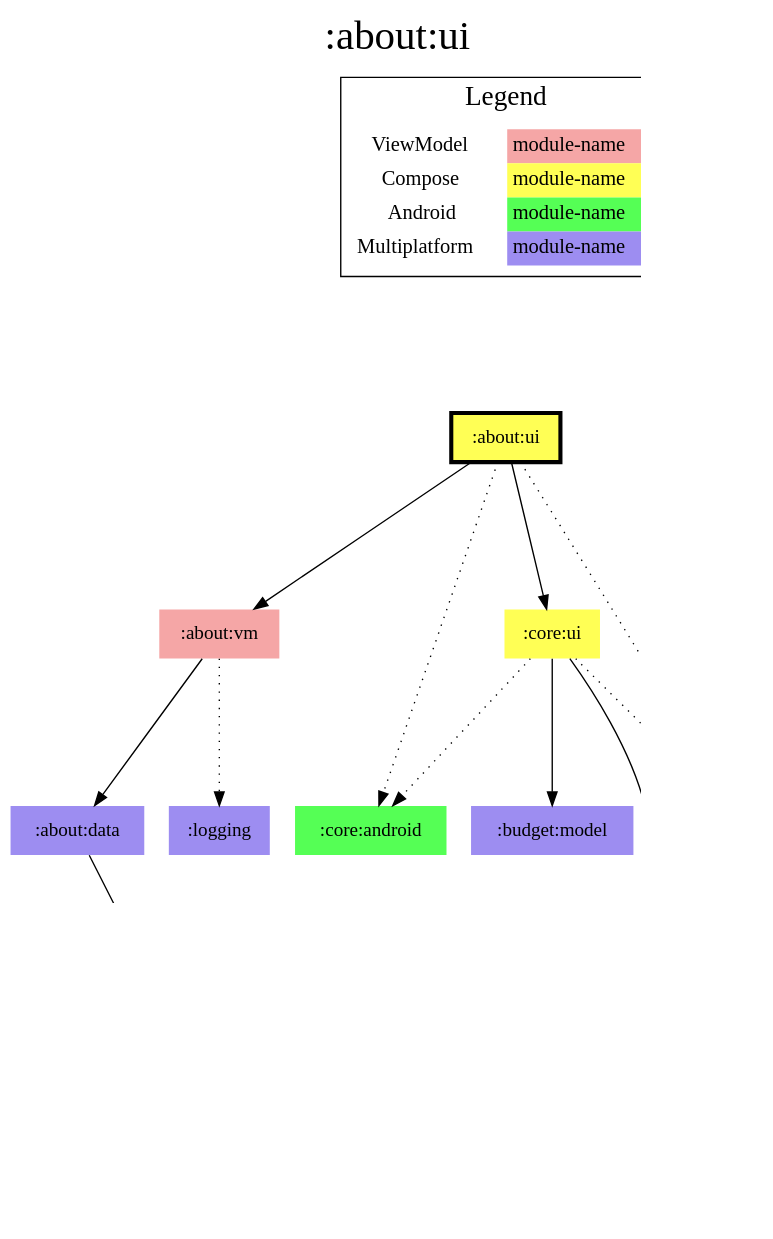
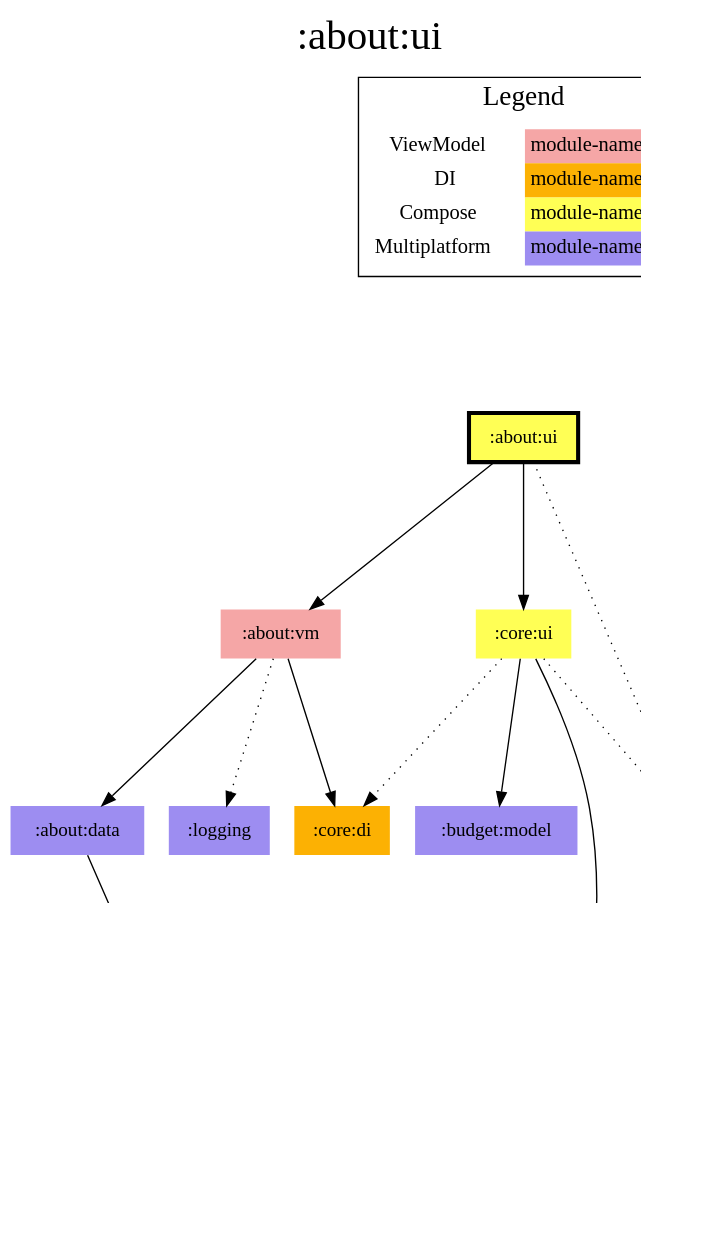
One commit to jonapoul/aktual changed the diagram in modules/about/ui/modules.dot. Above: the diagram before and after it, drawn with Graphviz. The commit also changed 647 other files, not shown here.

```diff
--- a/modules/about/ui/modules.dot
+++ b/modules/about/ui/modules.dot
@@ -1,46 +1,46 @@
 digraph {
 edge ["dir"="forward"]
 graph ["dpi"="100","label"=":about:ui","labelloc"="t","fontsize"="30","ranksep"="1.5","rankdir"="TB"]
 node ["style"="filled"]
 ":about:data" ["fillcolor"="#9D8DF1","shape"="none"]
 ":about:ui" ["fillcolor"="#FFFF55","color"="black","penwidth"="3","shape"="box"]
 ":about:vm" ["fillcolor"="#F5A6A6","shape"="none"]
 ":api:github" ["fillcolor"="#9D8DF1","shape"="none"]
 ":budget:model" ["fillcolor"="#9D8DF1","shape"="none"]
 ":codegen:annotation" ["fillcolor"="#9D8DF1","shape"="none"]
-":core:android" ["fillcolor"="#55FF55","shape"="none"]
+":core:di" ["fillcolor"="#FCB103","shape"="none"]
 ":core:model" ["fillcolor"="#9D8DF1","shape"="none"]
 ":core:ui" ["fillcolor"="#FFFF55","shape"="none"]
 ":l10n" ["fillcolor"="#9D8DF1","shape"="none"]
 ":logging" ["fillcolor"="#9D8DF1","shape"="none"]
 {
 edge ["dir"="none"]
 graph ["rank"="same"]
 ":about:ui"
 }
 ":about:data" -> ":api:github"
 ":about:ui" -> ":about:vm"
-":about:ui" -> ":core:android" ["style"="dotted"]
 ":about:ui" -> ":core:ui"
 ":about:ui" -> ":l10n" ["style"="dotted"]
 ":about:vm" -> ":about:data"
+":about:vm" -> ":core:di"
 ":about:vm" -> ":logging" ["style"="dotted"]
 ":api:github" -> ":codegen:annotation" ["style"="dotted"]
 ":api:github" -> ":core:model"
 ":core:ui" -> ":budget:model"
-":core:ui" -> ":core:android" ["style"="dotted"]
+":core:ui" -> ":core:di" ["style"="dotted"]
 ":core:ui" -> ":core:model"
 ":core:ui" -> ":l10n" ["style"="dotted"]
 subgraph "cluster_legend" {
 edge ["dir"="none"]
 graph ["label"="Legend","fontsize"="20"]
 "Legend" ["style"="filled","fillcolor"="#FFFFFF","shape"="none","margin"="0","fontsize"="15","label"=<
 <TABLE BORDER="0" CELLBORDER="0" CELLSPACING="0" CELLPADDING="4">
 <TR><TD>ViewModel</TD><TD BGCOLOR="#F5A6A6">module-name</TD></TR>
+<TR><TD>DI</TD><TD BGCOLOR="#FCB103">module-name</TD></TR>
 <TR><TD>Compose</TD><TD BGCOLOR="#FFFF55">module-name</TD></TR>
-<TR><TD>Android</TD><TD BGCOLOR="#55FF55">module-name</TD></TR>
 <TR><TD>Multiplatform</TD><TD BGCOLOR="#9D8DF1">module-name</TD></TR>
 </TABLE>
 >]
 } -> ":about:ui" ["style"="invis"]
 }
```
